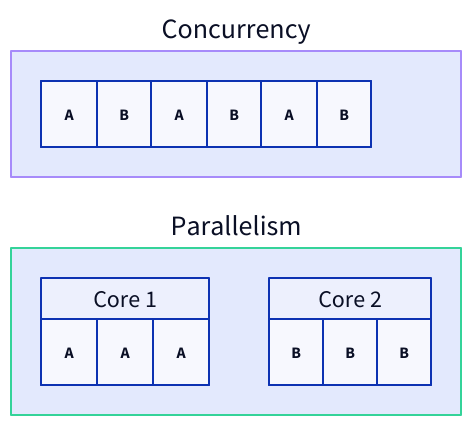
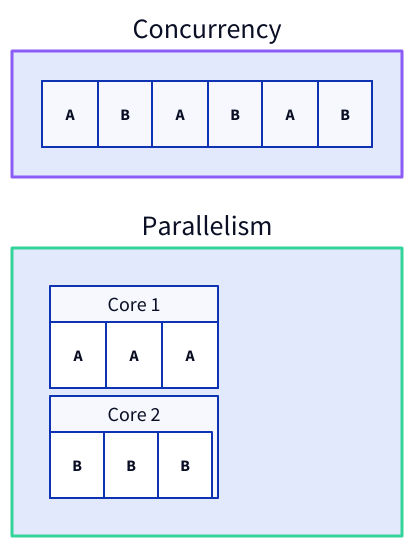
One commit to michael-duren/rubber-duck changed the first of 2 diagrams in courses/intro-to-concurrency-python.md. Above: the diagram before and after it, drawn with D2. The commit also changed other lines of this file and 29 other files, not shown here.

````diff
--- a/courses/intro-to-concurrency-python.md
+++ b/courses/intro-to-concurrency-python.md
@@ -31,44 +32,50 @@
 ```d2
 grid-rows: 2
 grid-gap: 30
 
 concurrency: "Concurrency" {
-  style.stroke: "#a78bfa"
-  style.stroke-width: 2
+  style.stroke: "#8b5cf6"
+  style.stroke-width: 3
   desc: "one core: A and B interleaved over time" {
     shape: text
   }
   timeline: "" {
     grid-rows: 1
     grid-gap: 0
     s1: A
     s2: B
     s3: A
     s4: B
     s5: A
     s6: B
   }
 }
 
 parallelism: "Parallelism" {
   style.stroke: "#34d399"
-  style.stroke-width: 2
+  style.stroke-width: 3
   desc: "two cores: A and B run at the same time" {
     shape: text
   }
-  core1: "Core 1" {
-    grid-rows: 1
-    grid-gap: 0
-    a1: A
-    a2: A
-    a3: A
-  }
-  core2: "Core 2" {
-    grid-rows: 1
-    grid-gap: 0
-    b1: B
-    b2: B
-    b3: B
+  cores: "" {
+    grid-rows: 2
+    grid-gap: 8
+    style.stroke-width: 0
+    style.fill: transparent
+    core1: "Core 1" {
+      grid-rows: 1
+      grid-gap: 0
+      a1: A
+      a2: A
+      a3: A
+    }
+    core2: "Core 2" {
+      grid-rows: 1
+      grid-gap: 0
+      b1: B
+      b2: B
+      b3: B
+    }
   }
 }
 ```
````
